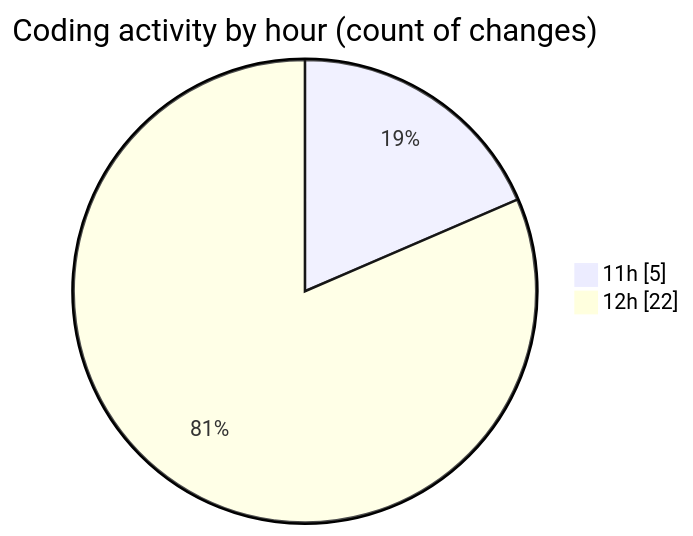
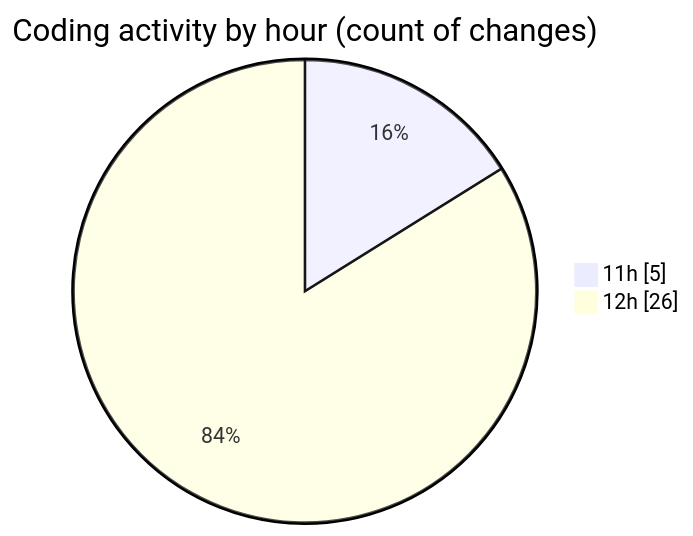
One commit to nxtqubesakshisongat/code-tracking changed the second of 2 diagrams in 2025-12-31/nxtqube_webapp/README.md. Above: the diagram before and after it, drawn with Mermaid. The commit also changed other lines of this file and 1 other file, not shown here.

````diff
--- a/2025-12-31/nxtqube_webapp/README.md
+++ b/2025-12-31/nxtqube_webapp/README.md
@@ -36,6 +36,6 @@
 ```mermaid
 pie showData
 title Coding activity by hour (count of changes)
 "11h" : 5
-"12h" : 22
+"12h" : 26
 ```
````
